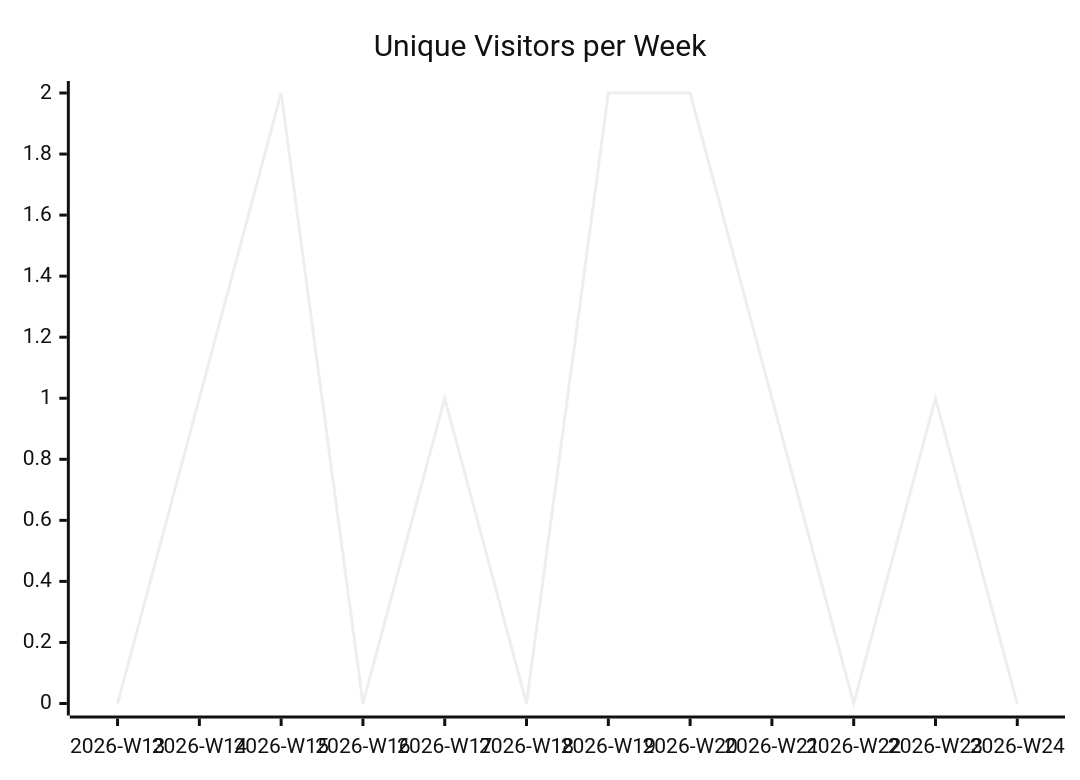
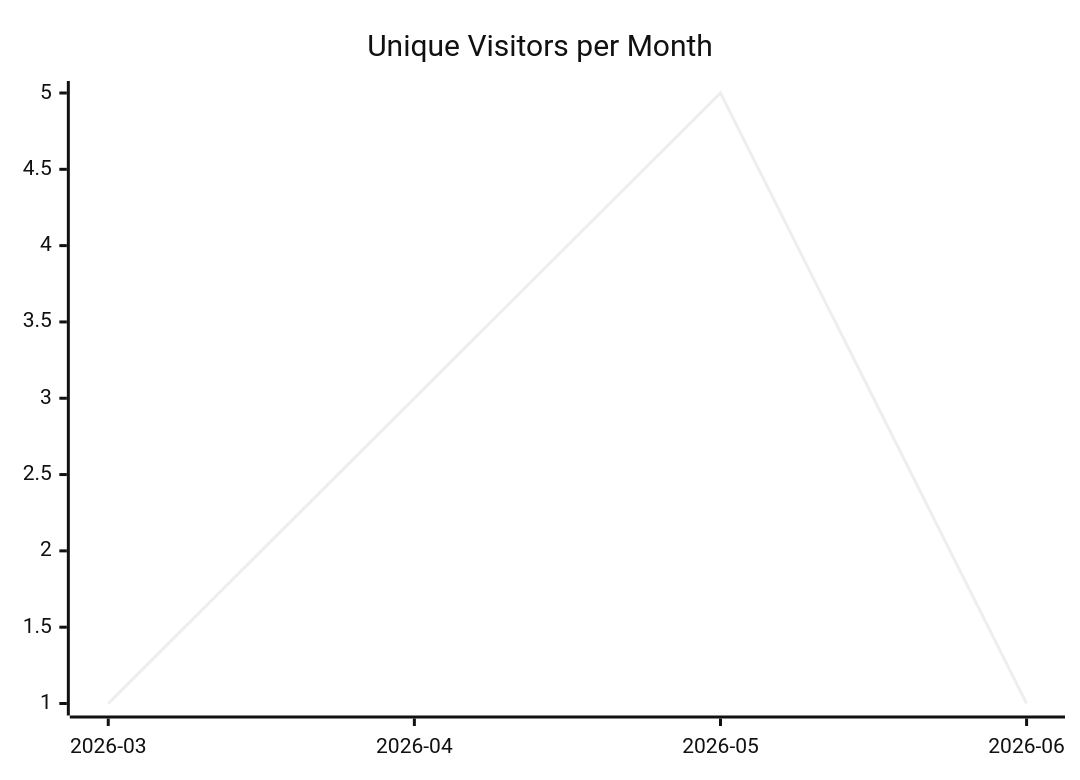
The first of 3 diagrams in justdavis-family/justdavis/README.md (justdavis-family/github-analytics-data), drawn with Mermaid (neutral theme) before and after one commit. The commit also changed other lines of this file and 198 other files, not shown here.

````diff
--- a/justdavis-family/justdavis/README.md
+++ b/justdavis-family/justdavis/README.md
@@ -5,6 +5,6 @@
 ```mermaid
 xychart-beta
-  title "Unique Visitors per Week"
-  x-axis ["2026-W13", "2026-W14", "2026-W15", "2026-W16", "2026-W17", "2026-W18", "2026-W19", "2026-W20", "2026-W21", "2026-W22", "2026-W23", "2026-W24"]
-  line [0, 1, 2, 0, 1, 0, 2, 2, 1, 0, 1, 0]
+  title "Unique Visitors per Month"
+  x-axis ["2026-03", "2026-04", "2026-05", "2026-06"]
+  line [1, 3, 5, 1]
 ```
````
